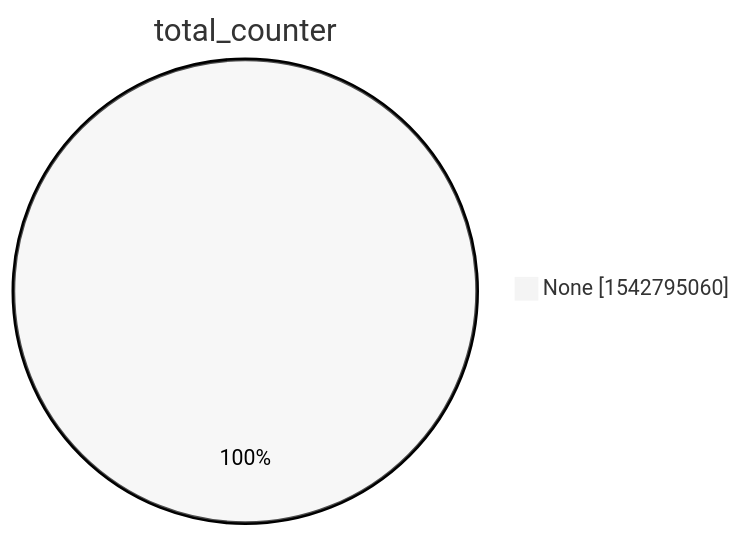
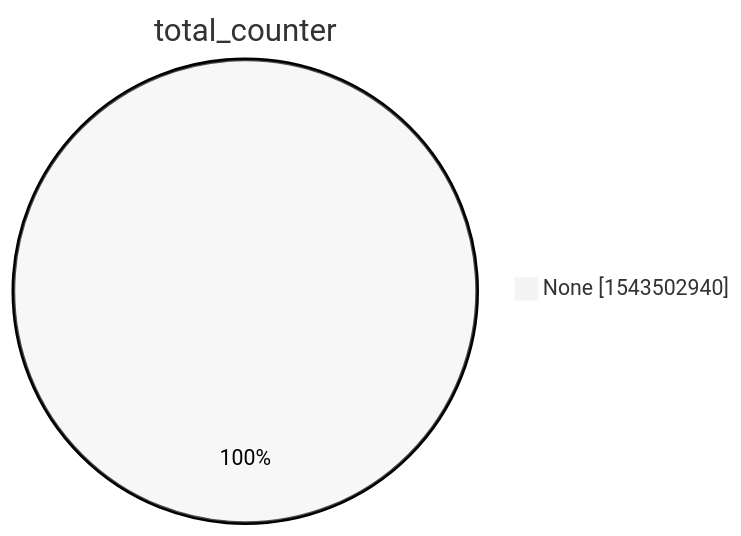
One commit to christiankrug/ctmonitor_visualization changed the second of 15 diagrams in xenon2022/README.md. Above: the diagram before and after it, drawn with Mermaid (neutral theme). The commit also changed other lines of this file, not shown here.

````diff
--- a/xenon2022/README.md
+++ b/xenon2022/README.md
@@ -9,5 +9,5 @@
 ```mermaid
 pie showData
 title total_counter
-"None" :1542795060
+"None" :1543502940
 ```
````
